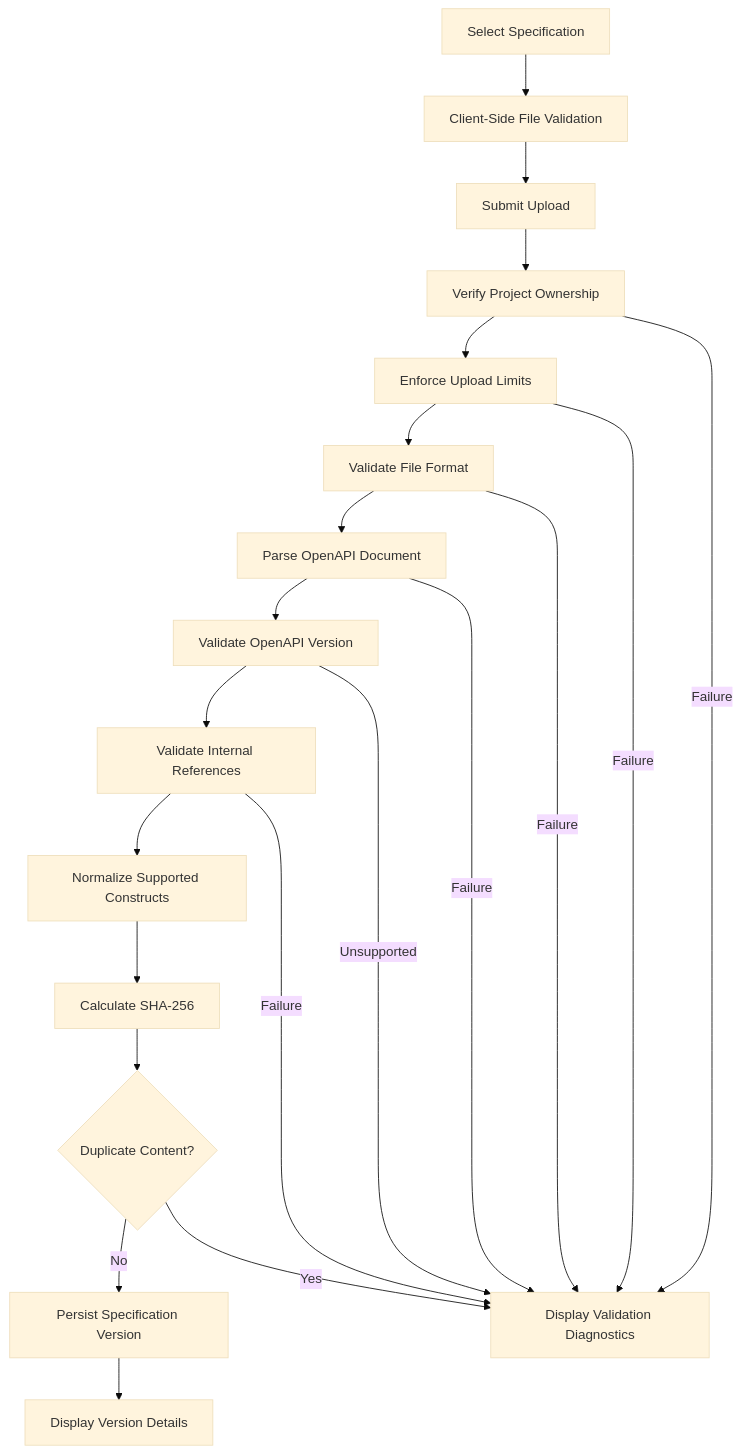
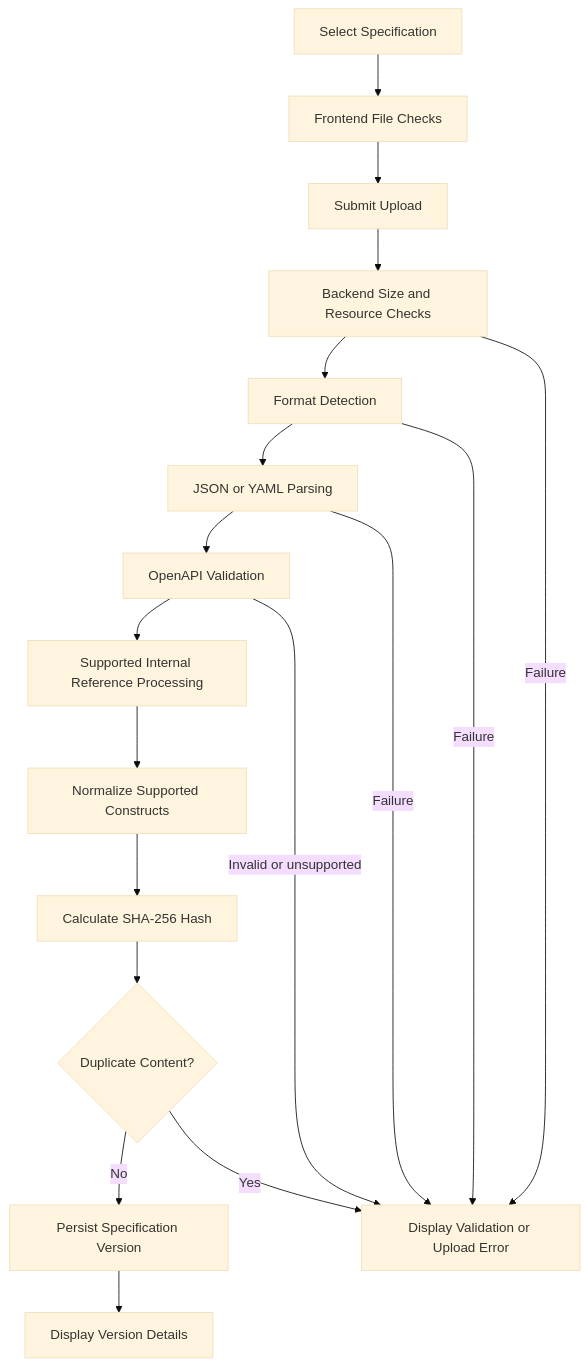
One commit to Swayam-Aggarwal/ContractGuard changed the second of 3 diagrams in docs/AppFlow.md. Above: the diagram before and after it, drawn with Mermaid (base theme). The commit also changed other lines of this file and 40 other files, not shown here.

````diff
--- a/docs/AppFlow.md
+++ b/docs/AppFlow.md
@@ -402,39 +295,36 @@
 ```mermaid
 flowchart TD
     Select["Select Specification"]
-    Client["Client-Side File Validation"]
+    Client["Frontend File Checks"]
     Submit["Submit Upload"]
-    Ownership["Verify Project Ownership"]
-    Limit["Enforce Upload Limits"]
-    Format["Validate File Format"]
-    Parse["Parse OpenAPI Document"]
-    Version["Validate OpenAPI Version"]
-    Reference["Validate Internal References"]
+    Limits["Backend Size and Resource Checks"]
+    Detect["Format Detection"]
+    Parse["JSON or YAML Parsing"]
+    Validate["OpenAPI Validation"]
+    Reference["Supported Internal Reference Processing"]
     Normalize["Normalize Supported Constructs"]
-    Hash["Calculate SHA-256"]
+    Hash["Calculate SHA-256 Hash"]
     Duplicate{"Duplicate Content?"}
-    Persist["Persist Specification Version"]
+    Store["Persist Specification Version"]
     Success["Display Version Details"]
-    Failure["Display Validation Diagnostics"]
+    Error["Display Validation or Upload Error"]
 
     Select --> Client
     Client --> Submit
-    Submit --> Ownership
-    Ownership --> Limit
-    Limit --> Format
-    Format --> Parse
-    Parse --> Version
-    Version --> Reference
+    Submit --> Limits
+    Limits --> Detect
+    Detect --> Parse
+    Parse --> Validate
+    Validate --> Reference
     Reference --> Normalize
     Normalize --> Hash
     Hash --> Duplicate
-    Duplicate -->|"No"| Persist
-    Duplicate -->|"Yes"| Failure
-    Persist --> Success
-    Ownership -->|"Failure"| Failure
-    Limit -->|"Failure"| Failure
-    Format -->|"Failure"| Failure
-    Parse -->|"Failure"| Failure
-    Version -->|"Unsupported"| Failure
-    Reference -->|"Failure"| Failure
+    Duplicate -->|"No"| Store
+    Duplicate -->|"Yes"| Error
+    Store --> Success
+
+    Limits -->|"Failure"| Error
+    Detect -->|"Failure"| Error
+    Parse -->|"Failure"| Error
+    Validate -->|"Invalid or unsupported"| Error
 ```
````
